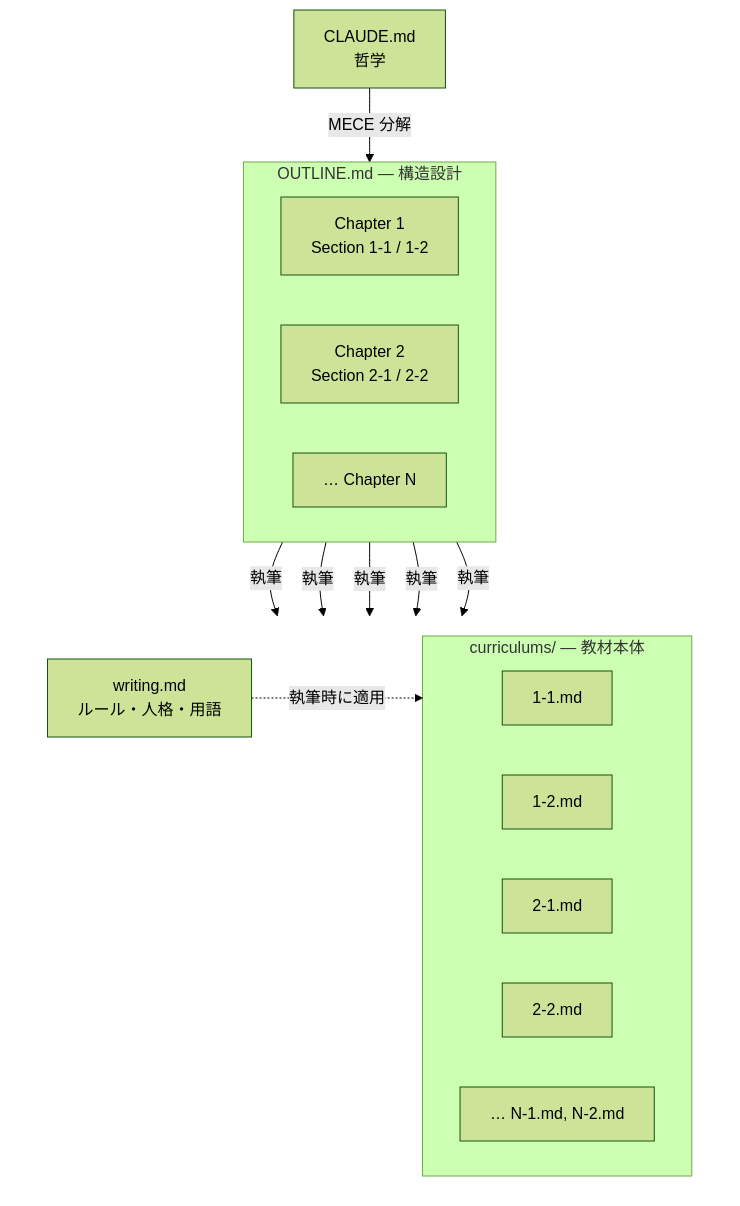
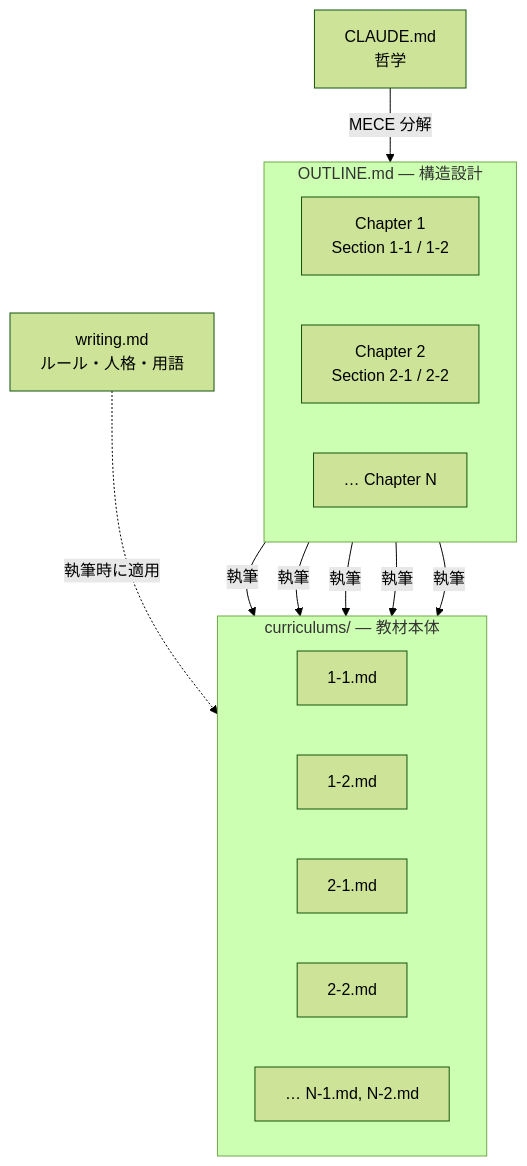
Before and after one commit to yotaro0616/curriculum-writer: the first of 4 diagrams in README.md, drawn with Mermaid (forest theme).

Commit message:
設計思想図を整理: 種類削除+Chapter N表現を適用
3260df6の図をベースに、Section種類(概念/ハンズオン等)を削除し、
「… Chapter N」「… N-1.md, N-2.md」で続きを表現。

````diff
--- a/README.md
+++ b/README.md
@@ -29,32 +29,27 @@
 ```mermaid
 flowchart TD
     A["CLAUDE.md\n哲学"]
 
     subgraph outline["OUTLINE.md — 構造設計"]
         direction LR
         B1["Chapter 1\nSection 1-1 / 1-2"]
         B2["Chapter 2\nSection 2-1 / 2-2"]
         B3["… Chapter N"]
     end
 
-    subgraph row2[" "]
+    subgraph curr["curriculums/ — 教材本体"]
         direction LR
-        subgraph curr["curriculums/ — 教材本体"]
-            C1["1-1.md"]
-            C2["1-2.md"]
-            C3["2-1.md"]
-            C4["2-2.md"]
-            C5["… N-1.md, N-2.md"]
-        end
-        W["writing.md\nルール・人格・用語"]
+        C1["1-1.md"]
+        C2["1-2.md"]
+        C3["2-1.md"]
+        C4["2-2.md"]
+        C5["… N-1.md, N-2.md"]
     end
 
     A -->|MECE 分解| outline
     B1 -->|執筆| C1 & C2
     B2 -->|執筆| C3 & C4
     B3 -->|執筆| C5
 
-    W -.->|執筆時に適用| curr
-
-    style row2 fill:none,stroke:none
+    W["writing.md\nルール・人格・用語"] -.->|執筆時に適用| curr
 ```
````
